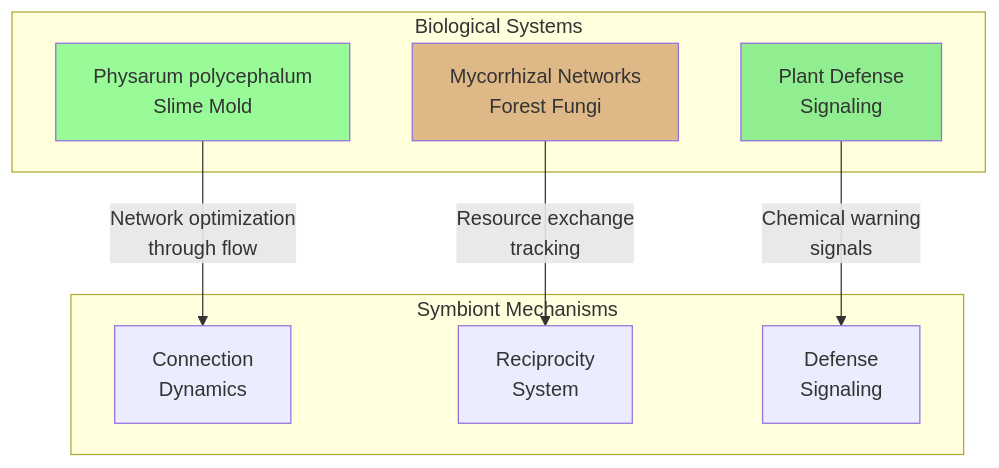
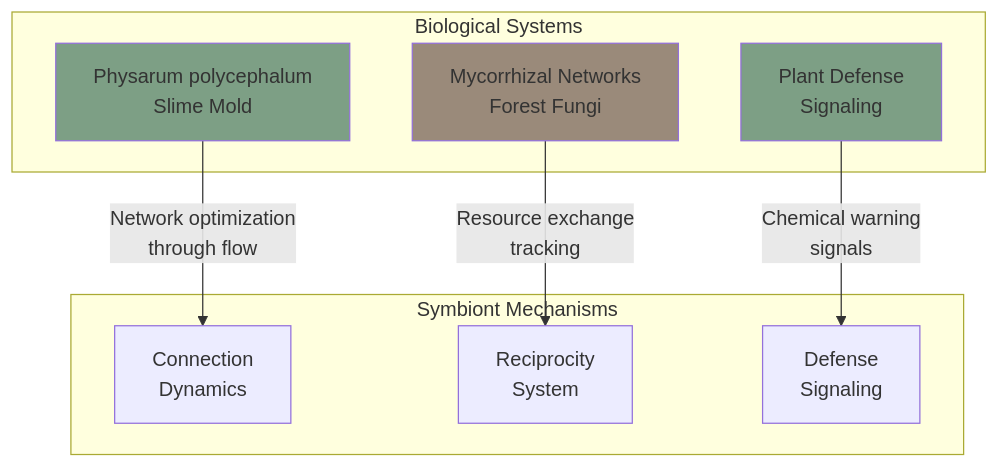
One commit to ScopeCreep-zip/Symbiont changed the first of 7 diagrams in docs/concepts/biological-foundations.md. Above: the diagram before and after it, drawn with Mermaid. The commit also changed other lines of this file and 17 other files, not shown here.

Commit message:
update to diagram colors

````diff
--- a/docs/concepts/biological-foundations.md
+++ b/docs/concepts/biological-foundations.md
@@ -19,22 +19,22 @@
 ```mermaid
 graph TB
     subgraph "Biological Systems"
         PHY[Physarum polycephalum<br/>Slime Mold]
         MYC[Mycorrhizal Networks<br/>Forest Fungi]
         PLD[Plant Defense<br/>Signaling]
     end
 
     subgraph "Symbiont Mechanisms"
         CONN[Connection<br/>Dynamics]
         RECIP[Reciprocity<br/>System]
         DEF[Defense<br/>Signaling]
     end
 
     PHY -->|"Network optimization<br/>through flow"| CONN
     MYC -->|"Resource exchange<br/>tracking"| RECIP
     PLD -->|"Chemical warning<br/>signals"| DEF
 
-    style PHY fill:#98FB98
-    style MYC fill:#DEB887
-    style PLD fill:#90EE90
+    style PHY fill:#7d9f85
+    style MYC fill:#9a8a7a
+    style PLD fill:#7d9f85
 ```
````
